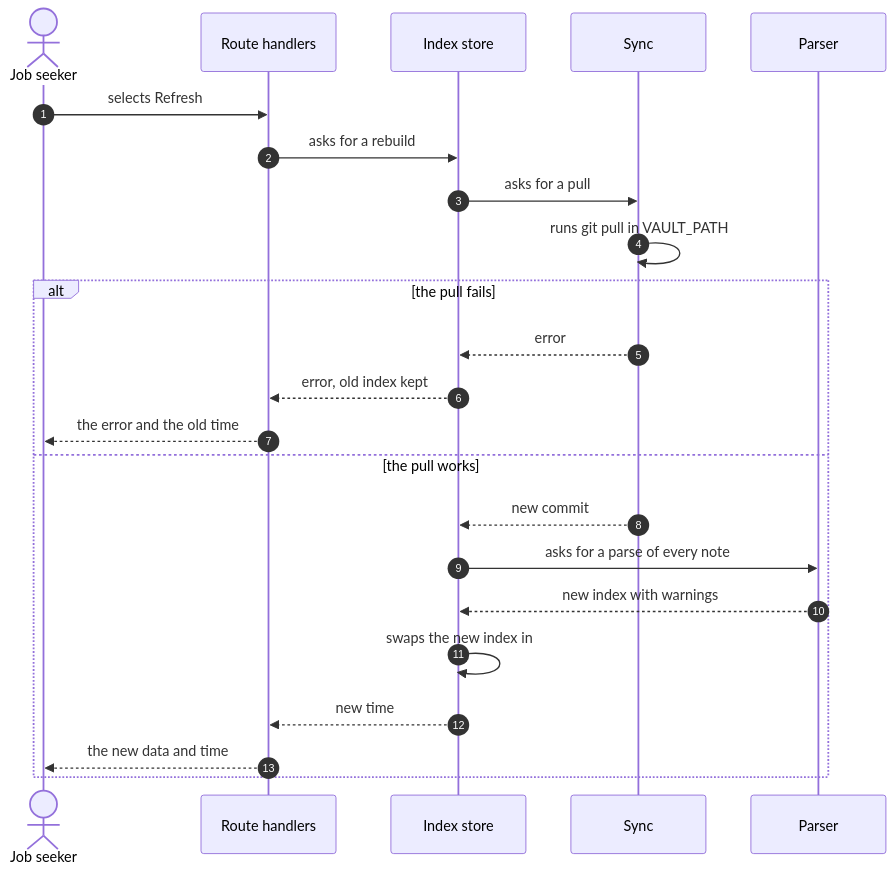
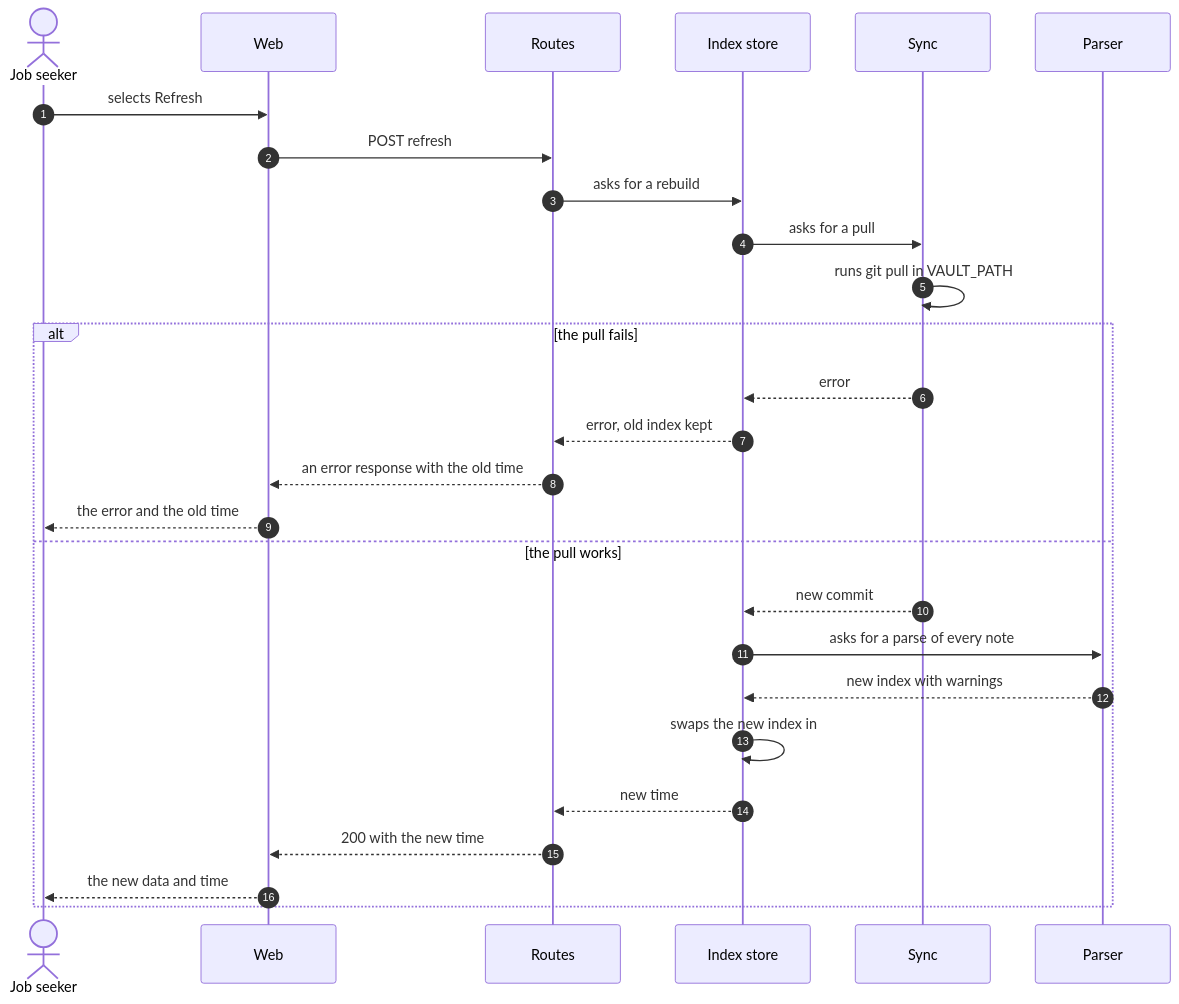
The fourth of 4 diagrams in docs/architecture/components.md (lyeyixian/job-search-app), drawn with Mermaid before and after one commit. The commit also changed other lines of this file and 10 other files, not shown here.

First line of the commit message:
Redraw the architecture for two services

````diff
--- a/docs/architecture/components.md
+++ b/docs/architecture/components.md
@@ -91,26 +141,30 @@
 ```mermaid
 sequenceDiagram
     autonumber
     actor User as Job seeker
-    participant R as Route handlers
+    participant Web
+    participant R as Routes
     participant Store as Index store
     participant Sync
     participant P as Parser
 
-    User->>R: selects Refresh
+    User->>Web: selects Refresh
+    Web->>R: POST refresh
     R->>Store: asks for a rebuild
     Store->>Sync: asks for a pull
     Sync->>Sync: runs git pull in VAULT_PATH
     alt the pull fails
         Sync-->>Store: error
         Store-->>R: error, old index kept
-        R-->>User: the error and the old time
+        R-->>Web: an error response with the old time
+        Web-->>User: the error and the old time
     else the pull works
         Sync-->>Store: new commit
         Store->>P: asks for a parse of every note
         P-->>Store: new index with warnings
         Store->>Store: swaps the new index in
         Store-->>R: new time
-        R-->>User: the new data and time
+        R-->>Web: 200 with the new time
+        Web-->>User: the new data and time
     end
 ```
````
